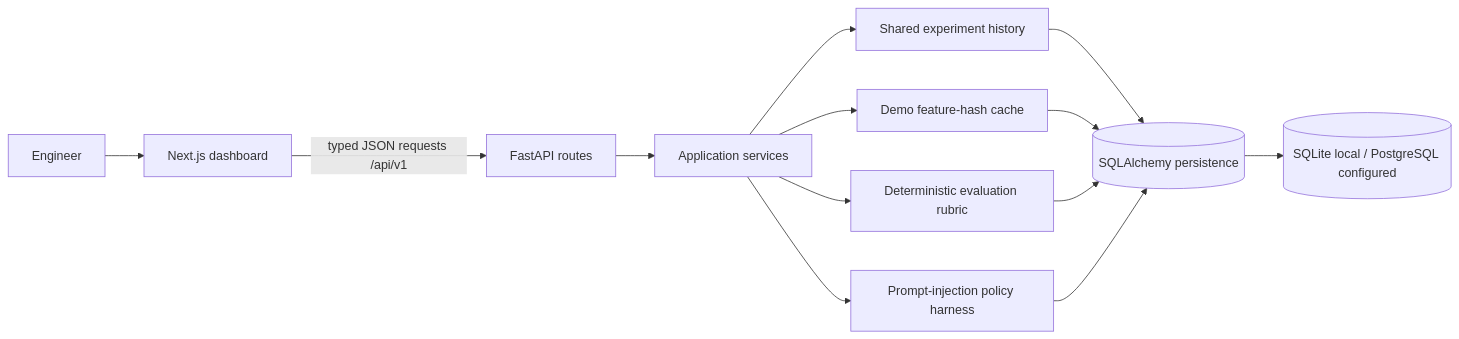
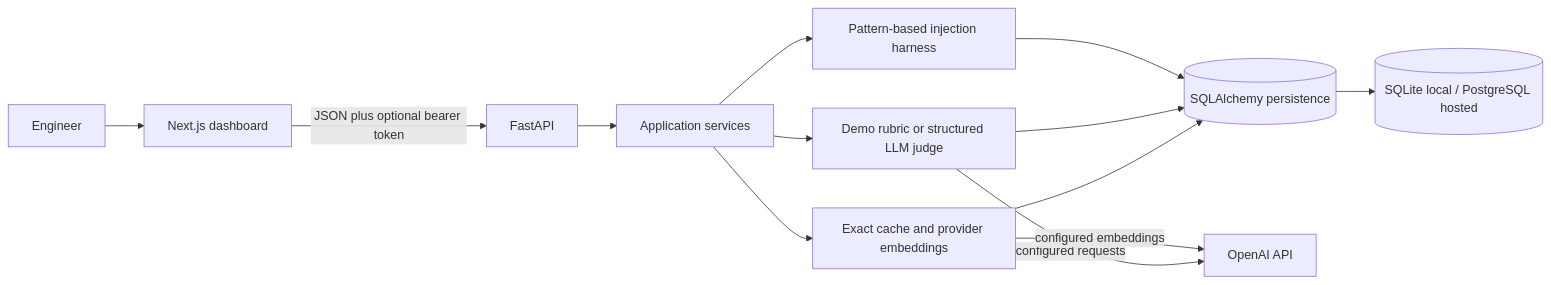
Before and after one commit to Zasim1074/llm-reliability-lab: the diagram in docs/architecture.md, drawn with Mermaid. The commit also changed other lines of this file and 24 other files, not shown here.

````diff
--- a/docs/architecture.md
+++ b/docs/architecture.md
@@ -5,15 +5,15 @@
 ```mermaid
 flowchart LR
   U[Engineer] --> W[Next.js dashboard]
-  W -->|typed JSON requests /api/v1| A[FastAPI routes]
+  W -->|JSON plus optional bearer token| A[FastAPI]
   A --> S[Application services]
-  S --> C[Demo feature-hash cache]
-  S --> J[Deterministic evaluation rubric]
-  S --> R[Prompt-injection policy harness]
-  S --> E[Shared experiment history]
-  E --> D[(SQLAlchemy persistence)]
-  C --> D
+  S --> C[Exact cache and provider embeddings]
+  S --> J[Demo rubric or structured LLM judge]
+  S --> R[Pattern-based injection harness]
+  C --> D[(SQLAlchemy persistence)]
   J --> D
   R --> D
-  D --> DB[(SQLite local / PostgreSQL configured)]
+  D --> DB[(SQLite local / PostgreSQL hosted)]
+  J -->|configured requests| P[OpenAI API]
+  C -->|configured embeddings| P
 ```
````
